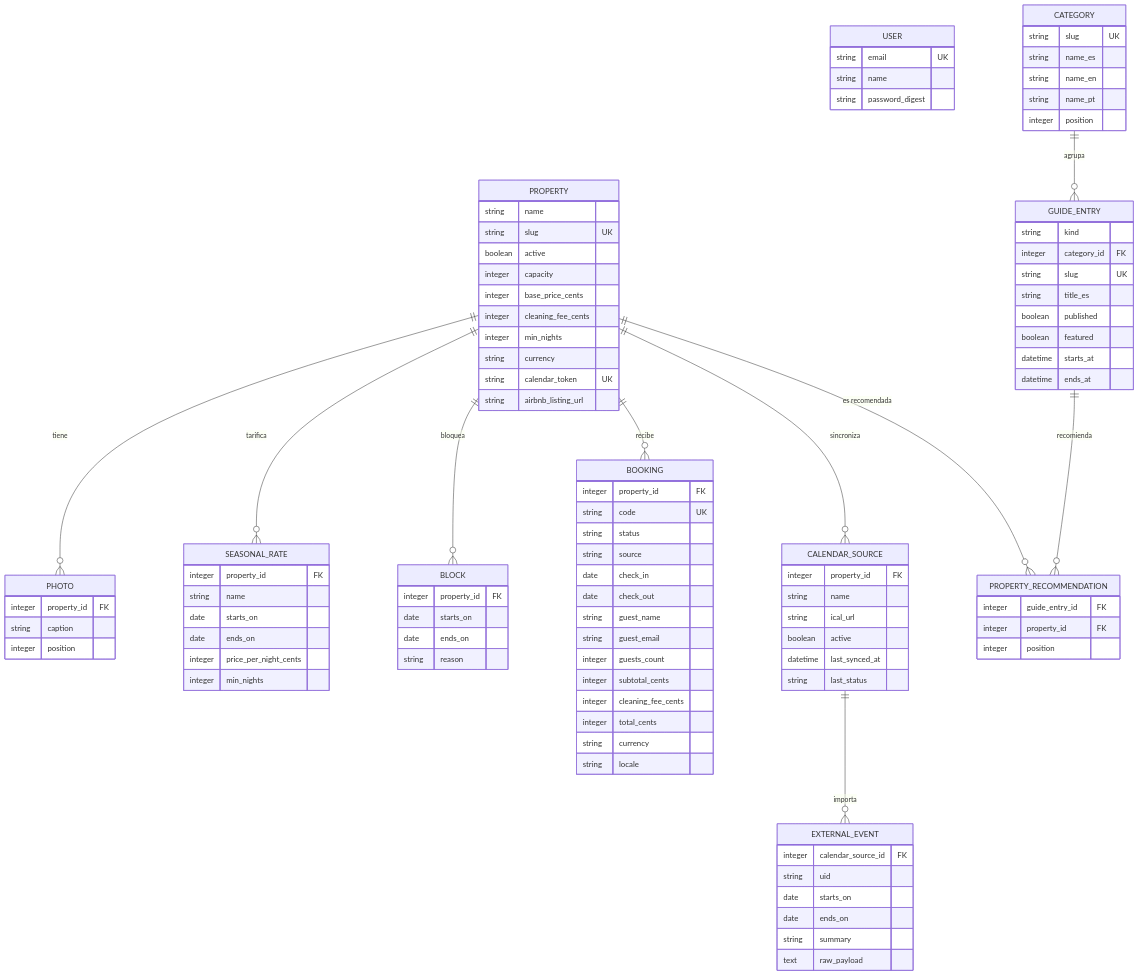
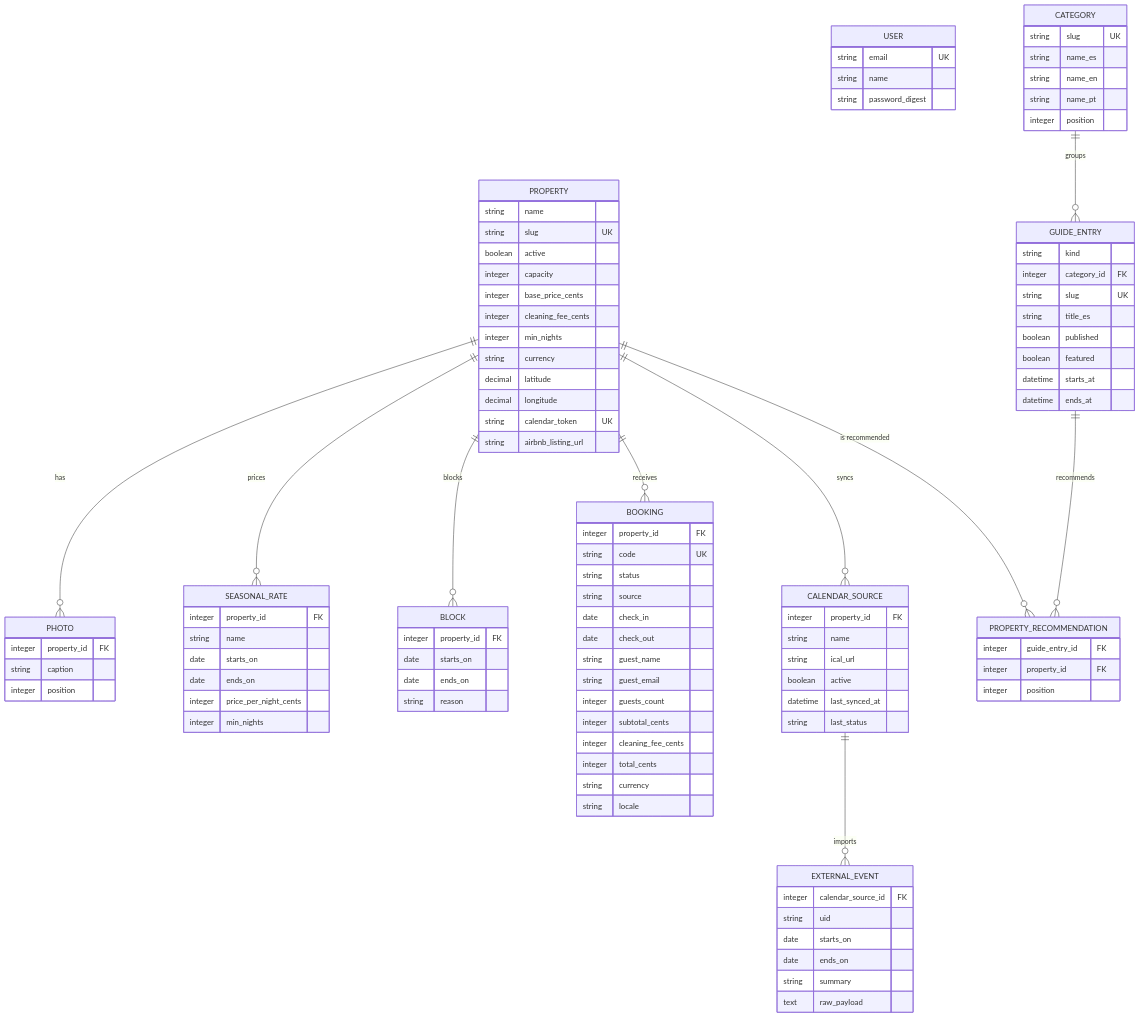
The first of 3 diagrams in docs/DATABASE.md (noguerajulioces/encarstay), drawn with Mermaid before and after one commit. The commit also changed other lines of this file and 3 other files, not shown here.

````diff
--- a/docs/DATABASE.md
+++ b/docs/DATABASE.md
@@ -25,6 +24,8 @@
         integer cleaning_fee_cents
         integer min_nights
         string  currency
+        decimal latitude
+        decimal longitude
         string  calendar_token UK
         string  airbnb_listing_url
     }
@@ -111,13 +112,13 @@
         integer position
     }
 
-    PROPERTY ||--o{ PHOTO : "tiene"
-    PROPERTY ||--o{ SEASONAL_RATE : "tarifica"
-    PROPERTY ||--o{ BLOCK : "bloquea"
-    PROPERTY ||--o{ BOOKING : "recibe"
-    PROPERTY ||--o{ CALENDAR_SOURCE : "sincroniza"
-    CALENDAR_SOURCE ||--o{ EXTERNAL_EVENT : "importa"
-    CATEGORY ||--o{ GUIDE_ENTRY : "agrupa"
-    GUIDE_ENTRY ||--o{ PROPERTY_RECOMMENDATION : "recomienda"
-    PROPERTY ||--o{ PROPERTY_RECOMMENDATION : "es recomendada"
+    PROPERTY ||--o{ PHOTO : "has"
+    PROPERTY ||--o{ SEASONAL_RATE : "prices"
+    PROPERTY ||--o{ BLOCK : "blocks"
+    PROPERTY ||--o{ BOOKING : "receives"
+    PROPERTY ||--o{ CALENDAR_SOURCE : "syncs"
+    CALENDAR_SOURCE ||--o{ EXTERNAL_EVENT : "imports"
+    CATEGORY ||--o{ GUIDE_ENTRY : "groups"
+    GUIDE_ENTRY ||--o{ PROPERTY_RECOMMENDATION : "recommends"
+    PROPERTY ||--o{ PROPERTY_RECOMMENDATION : "is recommended"
 ```
````
